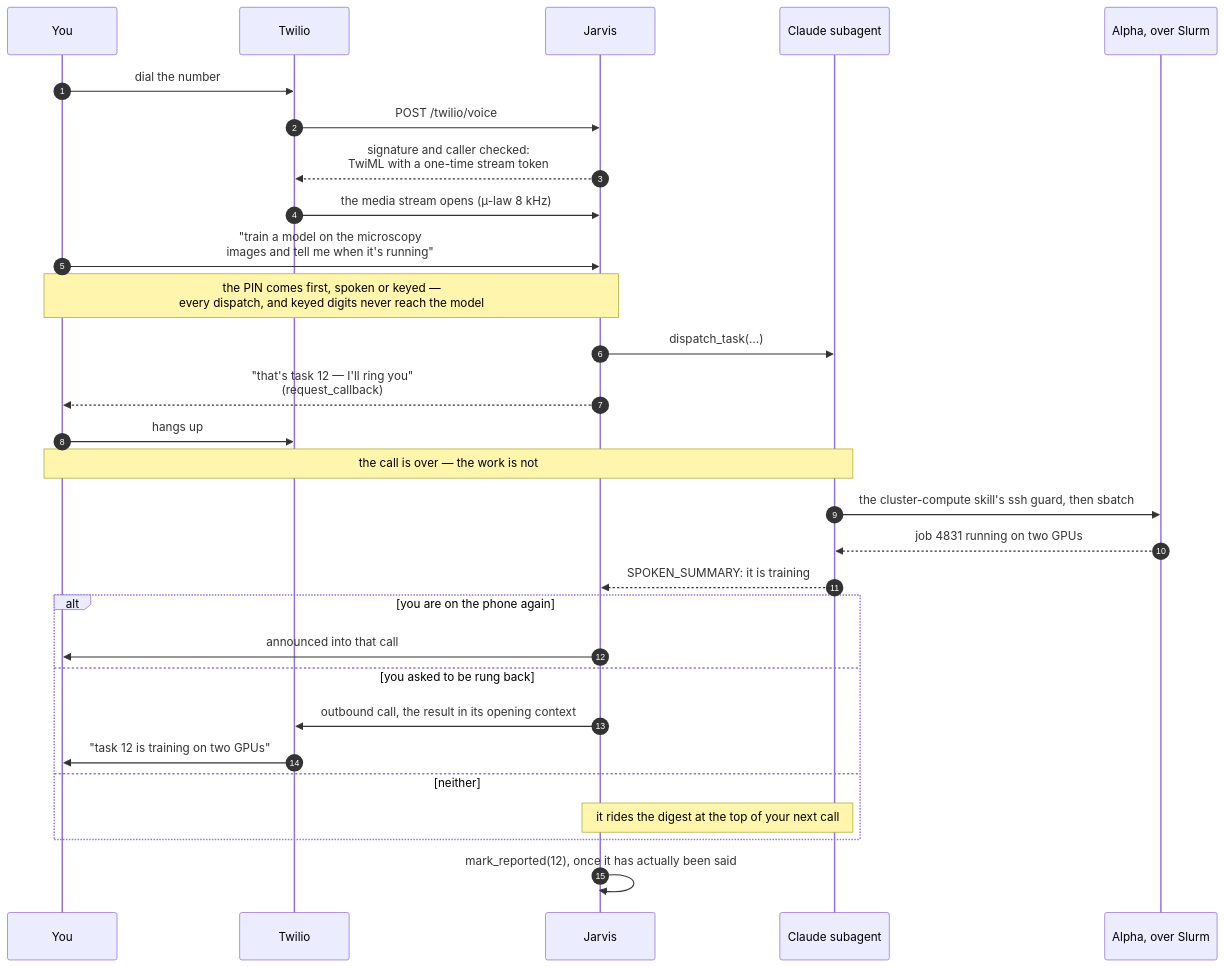
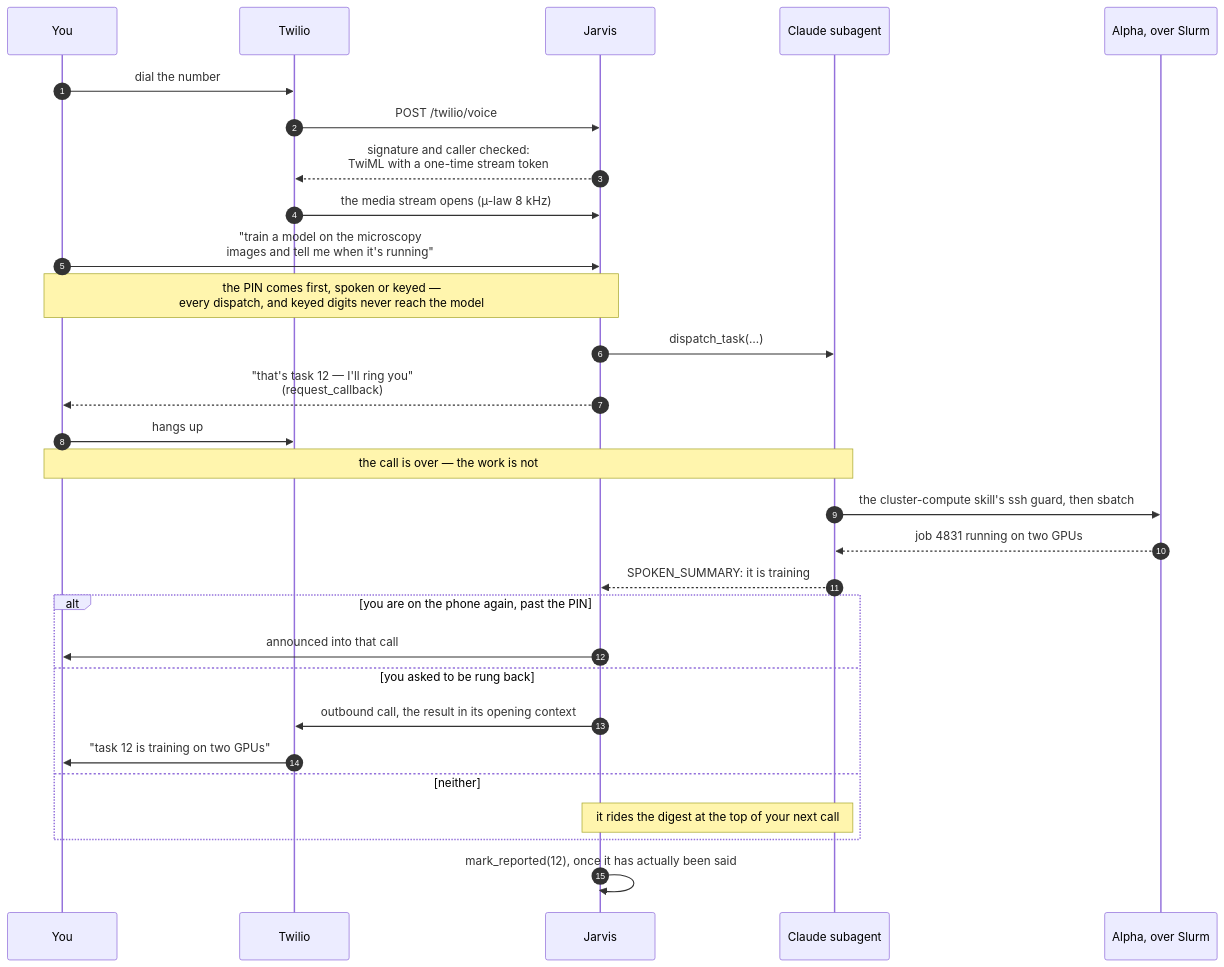
Before and after one commit to wak31415/keryx: the first of 2 diagrams in README.md, drawn with Mermaid. The commit also changed other lines of this file and 3 other files, not shown here.

````diff
--- a/README.md
+++ b/README.md
@@ -34,32 +34,32 @@
 ```mermaid
 sequenceDiagram
     autonumber
     participant U as You
     participant T as Twilio
     participant J as Jarvis
     participant C as Claude subagent
     participant S as Alpha, over Slurm
 
     U->>T: dial the number
     T->>J: POST /twilio/voice
     J-->>T: signature and caller checked:<br/>TwiML with a one-time stream token
     T->>J: the media stream opens (µ-law 8 kHz)
     U->>J: "train a model on the microscopy<br/>images and tell me when it's running"
     Note over U,J: the PIN comes first, spoken or keyed —<br/>every dispatch, and keyed digits never reach the model
     J->>C: dispatch_task(…)
     J-->>U: "that's task 12 — I'll ring you"<br/>(request_callback)
     U->>T: hangs up
     Note over U,C: the call is over — the work is not
     C->>S: the cluster-compute skill's ssh guard, then sbatch
     S-->>C: job 4831 running on two GPUs
     C-->>J: SPOKEN_SUMMARY: it is training
-    alt you are on the phone again
+    alt you are on the phone again, past the PIN
         J->>U: announced into that call
     else you asked to be rung back
         J->>T: outbound call, the result in its opening context
         T->>U: "task 12 is training on two GPUs"
     else neither
         Note over J,C: it rides the digest at the top of your next call
     end
     J->>J: mark_reported(12), once it has actually been said
 ```
````
